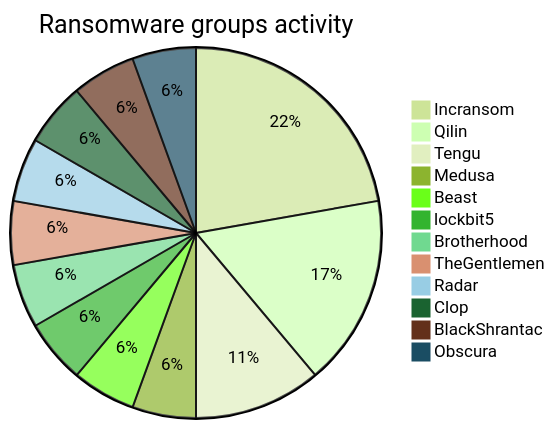
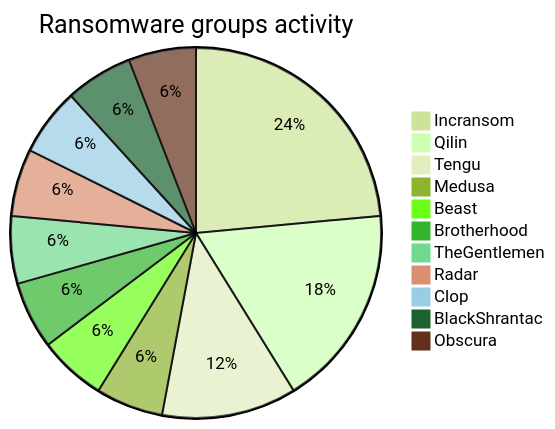
Before and after one commit to Hatchepsoute/AFRINTEL: the first of 5 diagrams in reports/2025/10-october/README.md, drawn with Mermaid (forest theme). The commit also changed other lines of this file and 14 other files, not shown here.

````diff
--- a/reports/2025/10-october/README.md
+++ b/reports/2025/10-october/README.md
@@ -53,16 +49,15 @@
 ```mermaid
 pie
 title Ransomware groups activity
 "Incransom" : 4
 "Qilin" : 3
 "Tengu" : 2
 "Medusa" : 1
 "Beast" : 1
-"lockbit5" : 1
 "Brotherhood" : 1
 "TheGentlemen" : 1
 "Radar" : 1
 "Clop" : 1
 "BlackShrantac" : 1
 "Obscura" : 1
 ```
````
